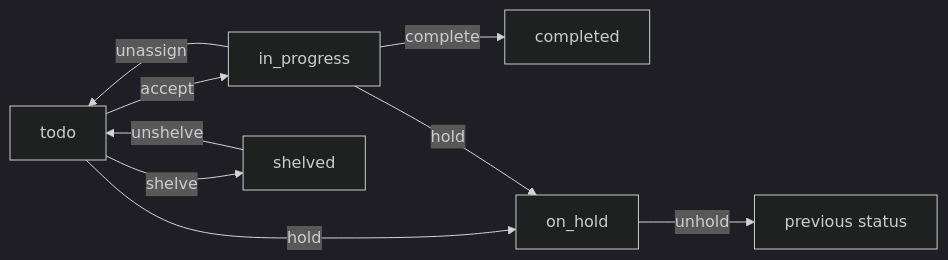
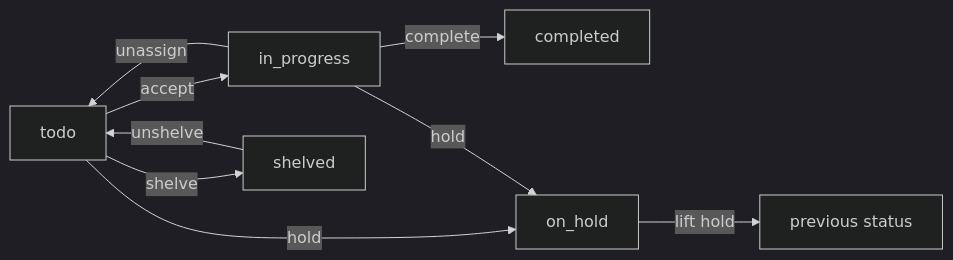
One commit to alepha-dev/alepha changed the diagram in lore/docs/3-work/1-quests.md. Above: the diagram before and after it, drawn with Mermaid (dark theme). The commit also changed other lines of this file and 59 other files, not shown here.

````diff
--- a/lore/docs/3-work/1-quests.md
+++ b/lore/docs/3-work/1-quests.md
@@ -56,11 +119,11 @@
 ```mermaid
 flowchart LR
   todo -->|accept| in_progress
   in_progress -->|complete| completed
   in_progress -->|unassign| todo
   todo -->|shelve| shelved
   shelved -->|unshelve| todo
   todo -->|hold| on_hold
   in_progress -->|hold| on_hold
-  on_hold -->|unhold| back[previous status]
+  on_hold -->|lift hold| back[previous status]
 ```
````
